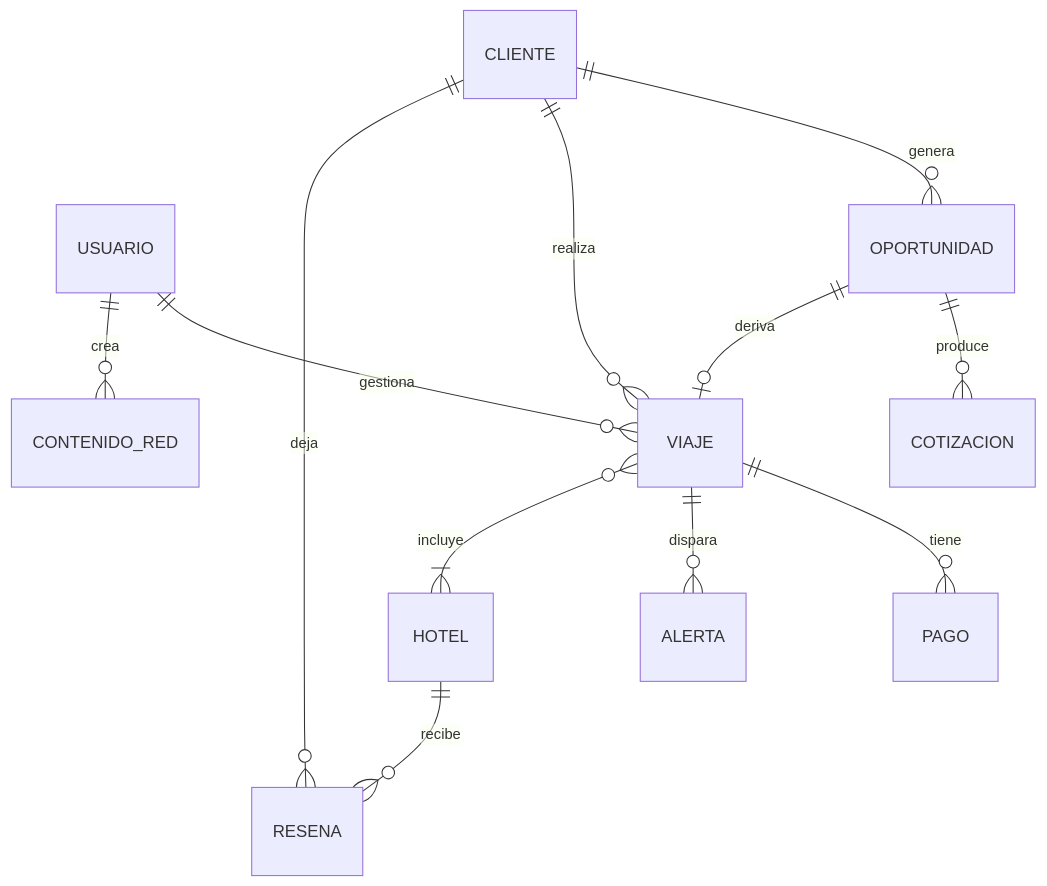
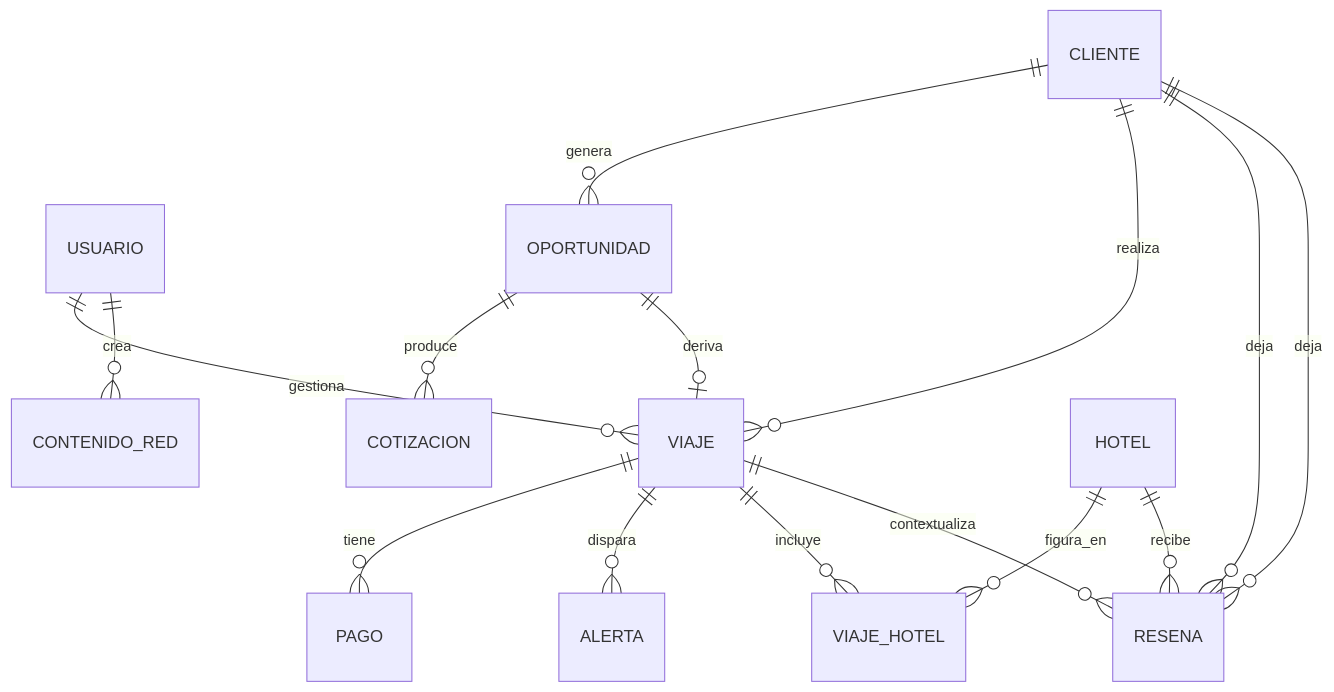
Before and after one commit to FranLuciano04/Vault-Rumbo: the diagram in 03-Dominio/Diagramas/DGM-ER.md, drawn with Mermaid. The commit also changed other lines of this file and 13 other files, not shown here.

````diff
--- a/03-Dominio/Diagramas/DGM-ER.md
+++ b/03-Dominio/Diagramas/DGM-ER.md
@@ -15,14 +15,17 @@
 ```mermaid
 erDiagram
     USUARIO ||--o{ VIAJE : gestiona
     USUARIO ||--o{ CONTENIDO_RED : crea
     CLIENTE ||--o{ OPORTUNIDAD : genera
     CLIENTE ||--o{ VIAJE : realiza
     CLIENTE ||--o{ RESENA : deja
     OPORTUNIDAD ||--o{ COTIZACION : produce
     OPORTUNIDAD ||--o| VIAJE : deriva
     VIAJE ||--o{ PAGO : tiene
     VIAJE ||--o{ ALERTA : dispara
-    VIAJE }o--|{ HOTEL : incluye
+    VIAJE ||--o{ VIAJE_HOTEL : incluye
+    HOTEL ||--o{ VIAJE_HOTEL : figura_en
     HOTEL ||--o{ RESENA : recibe
+    CLIENTE ||--o{ RESENA : deja
+    VIAJE ||--o{ RESENA : contextualiza
 ```
````
